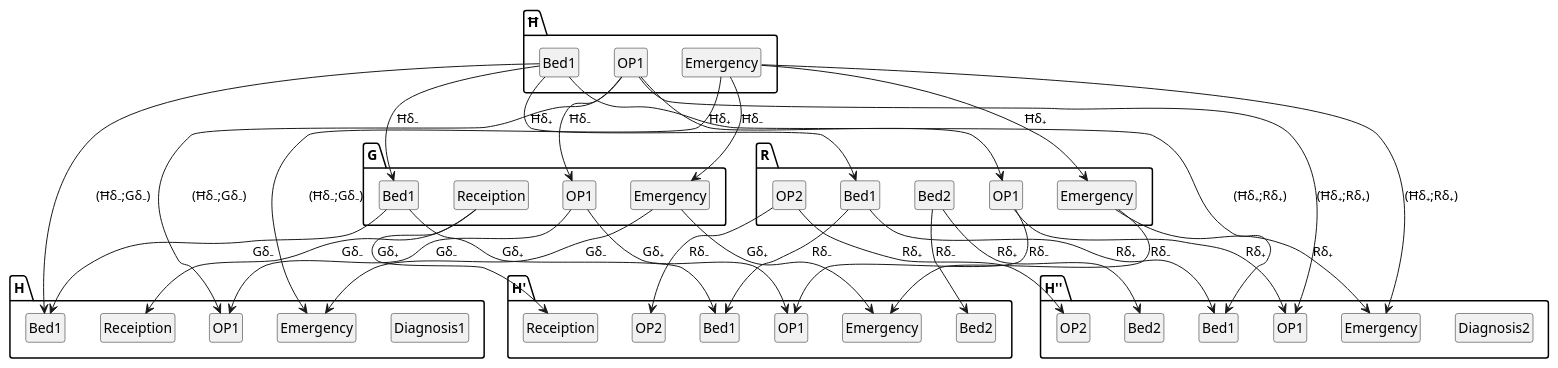
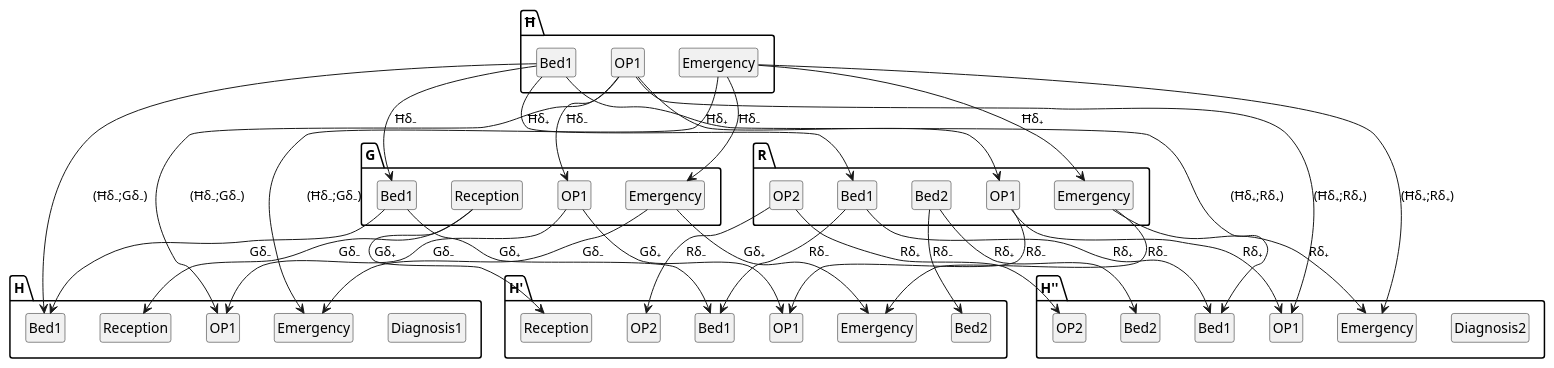
One commit to rajiv-thorat/fmde changed the diagram in FMDE/diagrams/fsetDelta/testDeltaFinSets2.pretty.plantuml. Above: the diagram before and after it, drawn with PlantUML. The commit also changed 1 other file, not shown here.

```diff
--- a/FMDE/diagrams/fsetDelta/testDeltaFinSets2.pretty.plantuml
+++ b/FMDE/diagrams/fsetDelta/testDeltaFinSets2.pretty.plantuml
@@ -1,65 +1,65 @@
 @startuml
 skinparam shadowing false
 hide members
 hide circle
 class "H.Diagnosis1"
 class "H.Bed1"
 class "H.OP1"
-class "H.Receiption"
+class "H.Reception"
 class "H.Emergency"
 class "H'.Bed2"
 class "H'.OP2"
 class "H'.Bed1"
 class "H'.OP1"
-class "H'.Receiption"
+class "H'.Reception"
 class "H'.Emergency"
 class "H''.Diagnosis2"
 class "H''.Bed2"
 class "H''.OP2"
 class "H''.Bed1"
 class "H''.OP1"
 class "H''.Emergency"
 class "G.Bed1"
 class "G.OP1"
-class "G.Receiption"
+class "G.Reception"
 class "G.Emergency"
 class "R.Bed2"
 class "R.OP2"
 class "R.Bed1"
 class "R.OP1"
 class "R.Emergency"
 class "Ħ.Bed1"
 class "Ħ.OP1"
 class "Ħ.Emergency"
 
 "Ħ.Bed1" --> "G.Bed1" : "Ħδ₋"
 "Ħ.OP1" --> "G.OP1" : "Ħδ₋"
 "Ħ.Emergency" --> "G.Emergency" : "Ħδ₋"
 "Ħ.Bed1" --> "R.Bed1" : "Ħδ₊"
 "Ħ.OP1" --> "R.OP1" : "Ħδ₊"
 "Ħ.Emergency" --> "R.Emergency" : "Ħδ₊"
 "G.Bed1" --> "H.Bed1" : "Gδ₋"
 "G.OP1" --> "H.OP1" : "Gδ₋"
-"G.Receiption" --> "H.Receiption" : "Gδ₋"
+"G.Reception" --> "H.Reception" : "Gδ₋"
 "G.Emergency" --> "H.Emergency" : "Gδ₋"
 "G.Bed1" --> "H'.Bed1" : "Gδ₊"
 "G.OP1" --> "H'.OP1" : "Gδ₊"
-"G.Receiption" --> "H'.Receiption" : "Gδ₊"
+"G.Reception" --> "H'.Reception" : "Gδ₊"
 "G.Emergency" --> "H'.Emergency" : "Gδ₊"
 "R.Bed2" --> "H'.Bed2" : "Rδ₋"
 "R.OP2" --> "H'.OP2" : "Rδ₋"
 "R.Bed1" --> "H'.Bed1" : "Rδ₋"
 "R.OP1" --> "H'.OP1" : "Rδ₋"
 "R.Emergency" --> "H'.Emergency" : "Rδ₋"
 "R.Bed2" --> "H''.Bed2" : "Rδ₊"
 "R.OP2" --> "H''.OP2" : "Rδ₊"
 "R.Bed1" --> "H''.Bed1" : "Rδ₊"
 "R.OP1" --> "H''.OP1" : "Rδ₊"
 "R.Emergency" --> "H''.Emergency" : "Rδ₊"
 "Ħ.Bed1" --> "H.Bed1" : "(Ħδ₋;Gδ₋)"
 "Ħ.OP1" --> "H.OP1" : "(Ħδ₋;Gδ₋)"
 "Ħ.Emergency" --> "H.Emergency" : "(Ħδ₋;Gδ₋)"
 "Ħ.Bed1" --> "H''.Bed1" : "(Ħδ₊;Rδ₊)"
 "Ħ.OP1" --> "H''.OP1" : "(Ħδ₊;Rδ₊)"
 "Ħ.Emergency" --> "H''.Emergency" : "(Ħδ₊;Rδ₊)"
 @enduml
```
